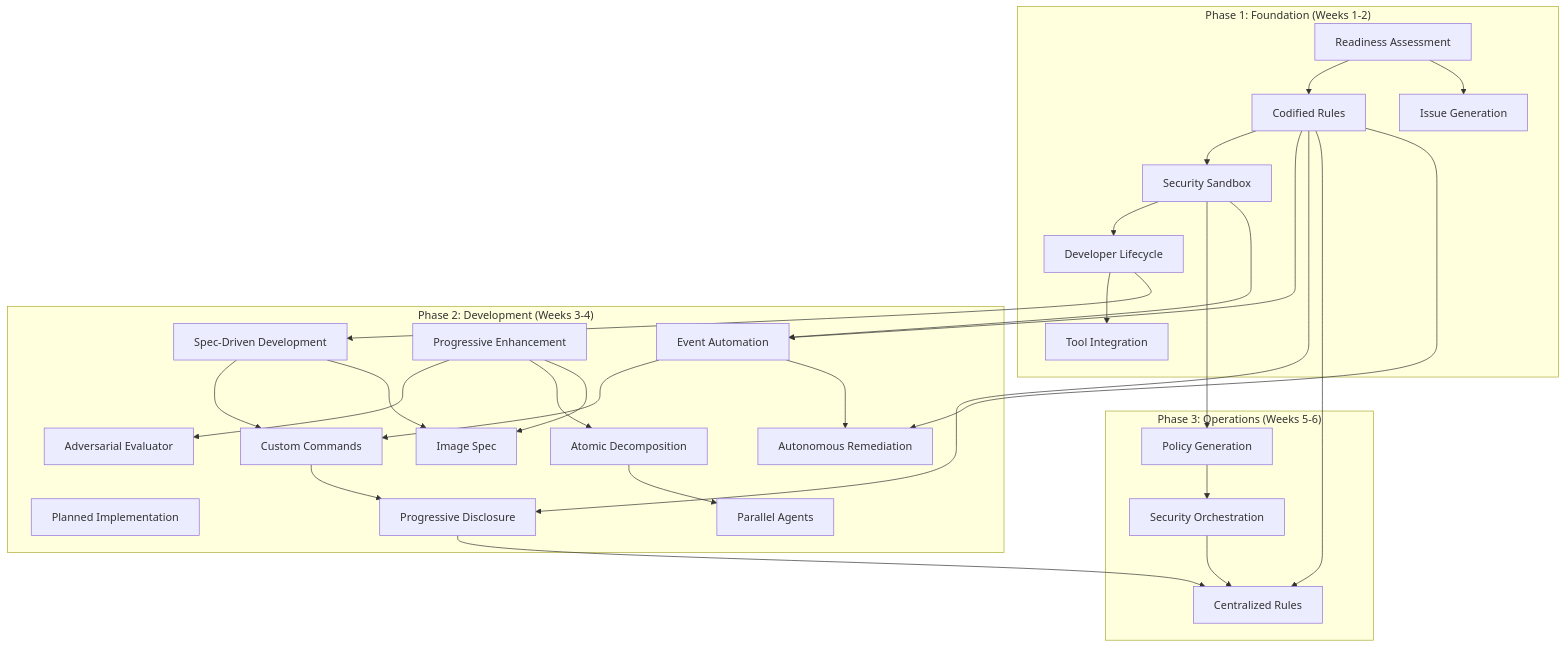
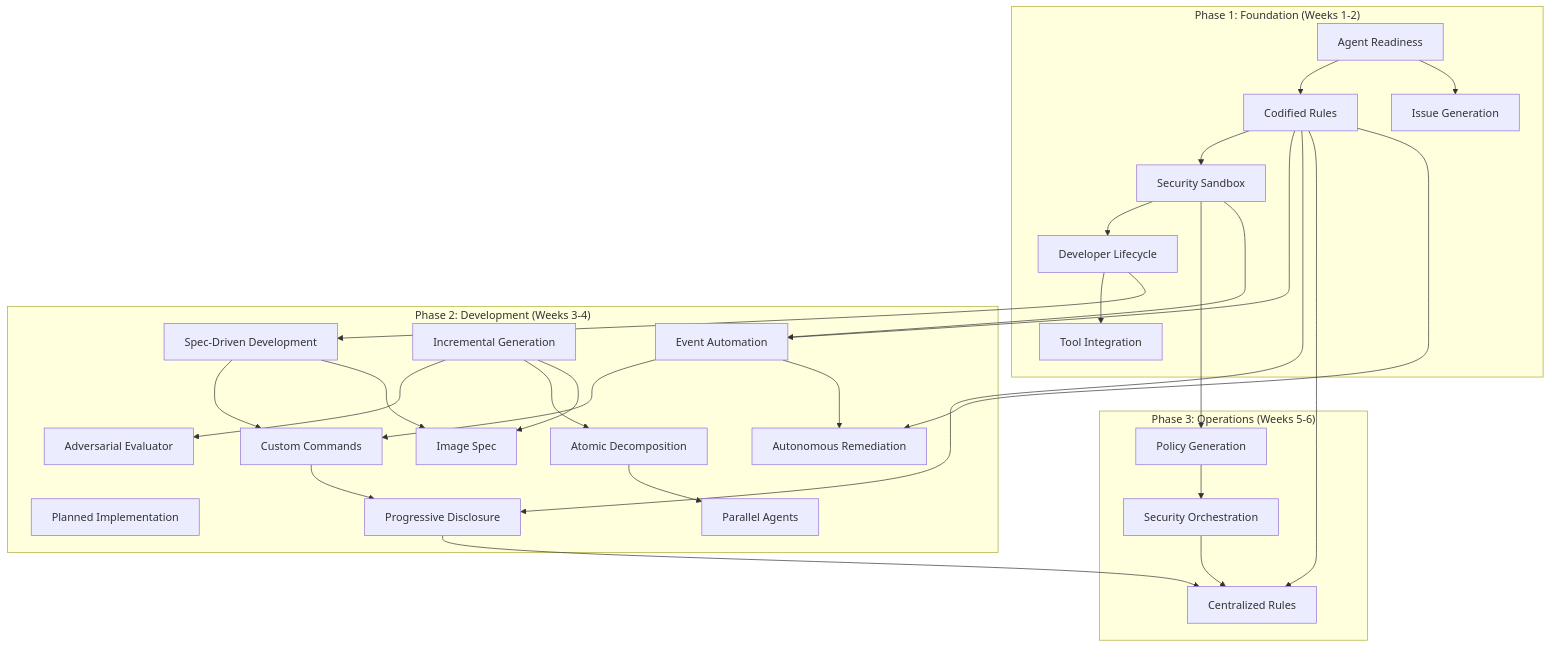
Before and after one commit to PaulDuvall/ai-development-patterns: the second of 17 diagrams in README.md, drawn with Mermaid. The commit also changed other lines of this file and 46 other files, not shown here.

````diff
--- a/README.md
+++ b/README.md
@@ -186,43 +186,43 @@
 ```mermaid
 graph TD
     subgraph "Phase 1: Foundation (Weeks 1-2)"
-        A[Readiness Assessment] --> B[Codified Rules]
+        A[Agent Readiness] --> B[Codified Rules]
         B --> C[Security Sandbox]
         C --> D[Developer Lifecycle]
         A --> E[Issue Generation]
         D --> F[Tool Integration]
     end
 
     subgraph "Phase 2: Development (Weeks 3-4)"
         D --> G[Spec-Driven Development]
         H[Planned Implementation]
-        I[Progressive Enhancement]
+        I[Incremental Generation]
         I --> J[Adversarial Evaluator]
         Q[Event Automation]
         R[Custom Commands]
         S[Progressive Disclosure]
         U[Image Spec]
         V[Autonomous Remediation]
         I --> K[Atomic Decomposition]
         K --> L[Parallel Agents]
     end
 
     subgraph "Phase 3: Operations (Weeks 5-6)"
         C --> M[Policy Generation]
         M --> N[Security Orchestration]
         N --> T[Centralized Rules]
     end
 
     B --> Q
     C --> Q
     Q --> R
     G --> R
     B --> S
     R --> S
     B --> T
     S --> T
     G --> U
     I --> U
     Q --> V
     B --> V
 ```
````
